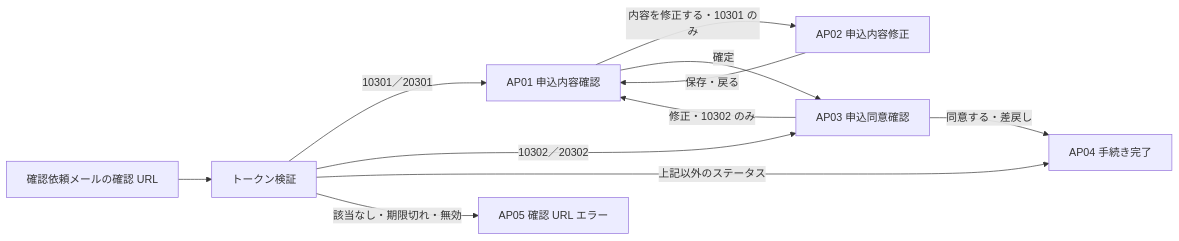
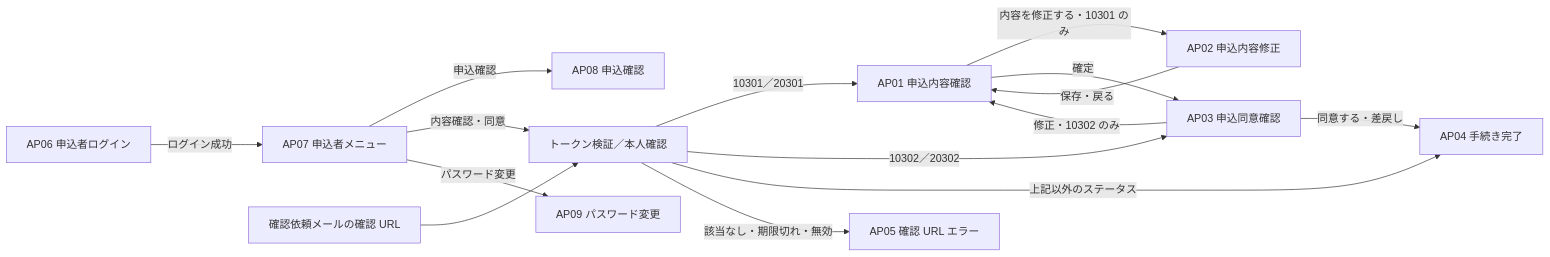
Before and after one commit to yasudaProduct/JavaServletSample2: the second of 2 diagrams in docs/basic-design/11-screen-design.md, drawn with Mermaid. The commit also changed other lines of this file and 57 other files, not shown here.

````diff
--- a/docs/basic-design/11-screen-design.md
+++ b/docs/basic-design/11-screen-design.md
@@ -86,13 +94,17 @@
 ```mermaid
 flowchart LR
-    MAIL[確認依頼メールの確認 URL] --> CHK[トークン検証]
+    AP06[AP06 申込者ログイン] -- ログイン成功 --> AP07[AP07 申込者メニュー]
+    AP07 -- 申込確認 --> AP08[AP08 申込確認]
+    AP07 -- 内容確認・同意 --> CHK
+    AP07 -- パスワード変更 --> AP09[AP09 パスワード変更]
+    MAIL[確認依頼メールの確認 URL] --> CHK[トークン検証／本人確認]
     CHK -- 10301／20301 --> AP01[AP01 申込内容確認]
     CHK -- 10302／20302 --> AP03[AP03 申込同意確認]
     CHK -- 上記以外のステータス --> AP04[AP04 手続き完了]
     CHK -- 該当なし・期限切れ・無効 --> AP05[AP05 確認 URL エラー]
     AP01 -- 内容を修正する・10301 のみ --> AP02[AP02 申込内容修正]
     AP02 -- 保存・戻る --> AP01
     AP01 -- 確定 --> AP03
     AP03 -- 修正・10302 のみ --> AP01
     AP03 -- 同意する・差戻し --> AP04
 ```
````
